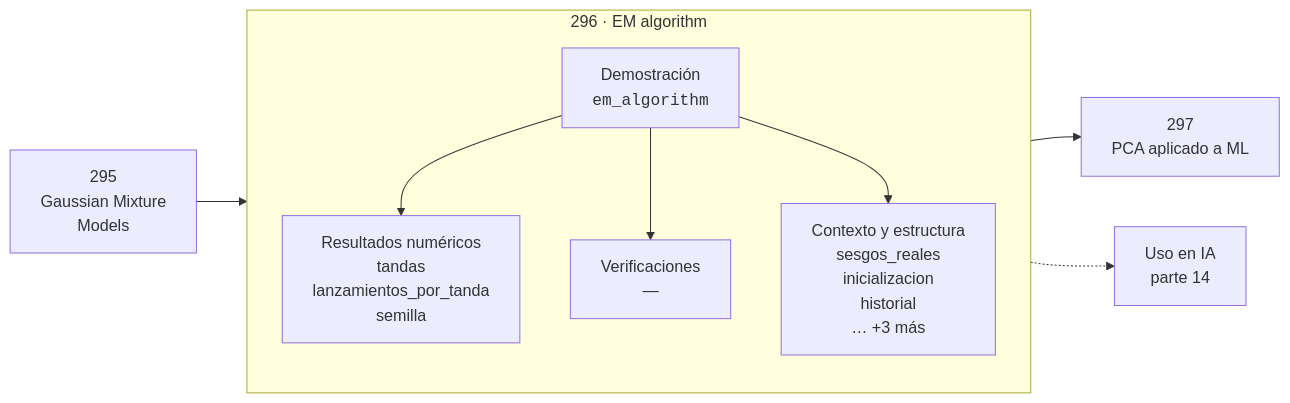
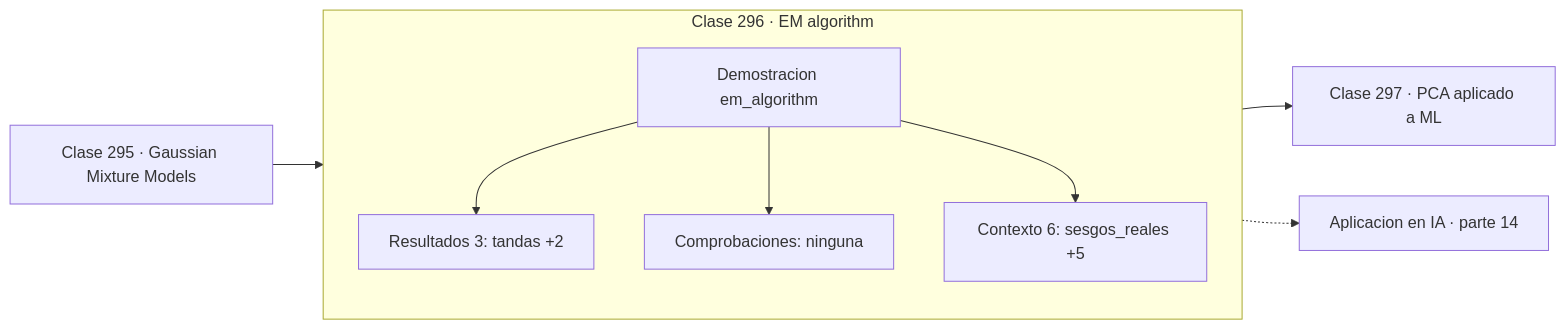
Before and after one commit to vladimiracunadev-create/computational-mathematics-program: the diagram in classes/part-14-matematica-de-machine-learning/296-em-algorithm/README.md, drawn with Mermaid. The commit also changed 389 other files, not shown here.

First line of the commit message:
fix(diagramas): elimina el HTML de las etiquetas Mermaid

````diff
--- a/classes/part-14-matematica-de-machine-learning/296-em-algorithm/README.md
+++ b/classes/part-14-matematica-de-machine-learning/296-em-algorithm/README.md
@@ -30,12 +30,13 @@
 ```mermaid
 flowchart LR
-    P["295<br/>Gaussian Mixture<br/>Models"] --> C
-    subgraph C["296 · EM algorithm"]
+    P["Clase 295 · Gaussian Mixture Models"] --> D
+    subgraph CLASE["Clase 296 · EM algorithm"]
         direction TB
-        D["Demostración<br/><code>em_algorithm</code>"] --> R["Resultados numéricos<br/>tandas<br/>lanzamientos_por_tanda<br/>semilla"]
-        D --> V["Verificaciones<br/>—"]
-        D --> O["Contexto y estructura<br/>sesgos_reales<br/>inicializacion<br/>historial<br/>… +3 más"]
+        D["Demostracion em_algorithm"]
+        D --> R["Resultados 3: tandas +2"]
+        D --> V["Comprobaciones: ninguna"]
+        D --> O["Contexto 6: sesgos_reales +5"]
     end
-    C --> N["297<br/>PCA aplicado a ML"]
-    C -.-> IA["Uso en IA<br/>parte 14"]
+    R --> N["Clase 297 · PCA aplicado a ML"]
+    V -.-> IA["Aplicacion en IA · parte 14"]
 ```
````
